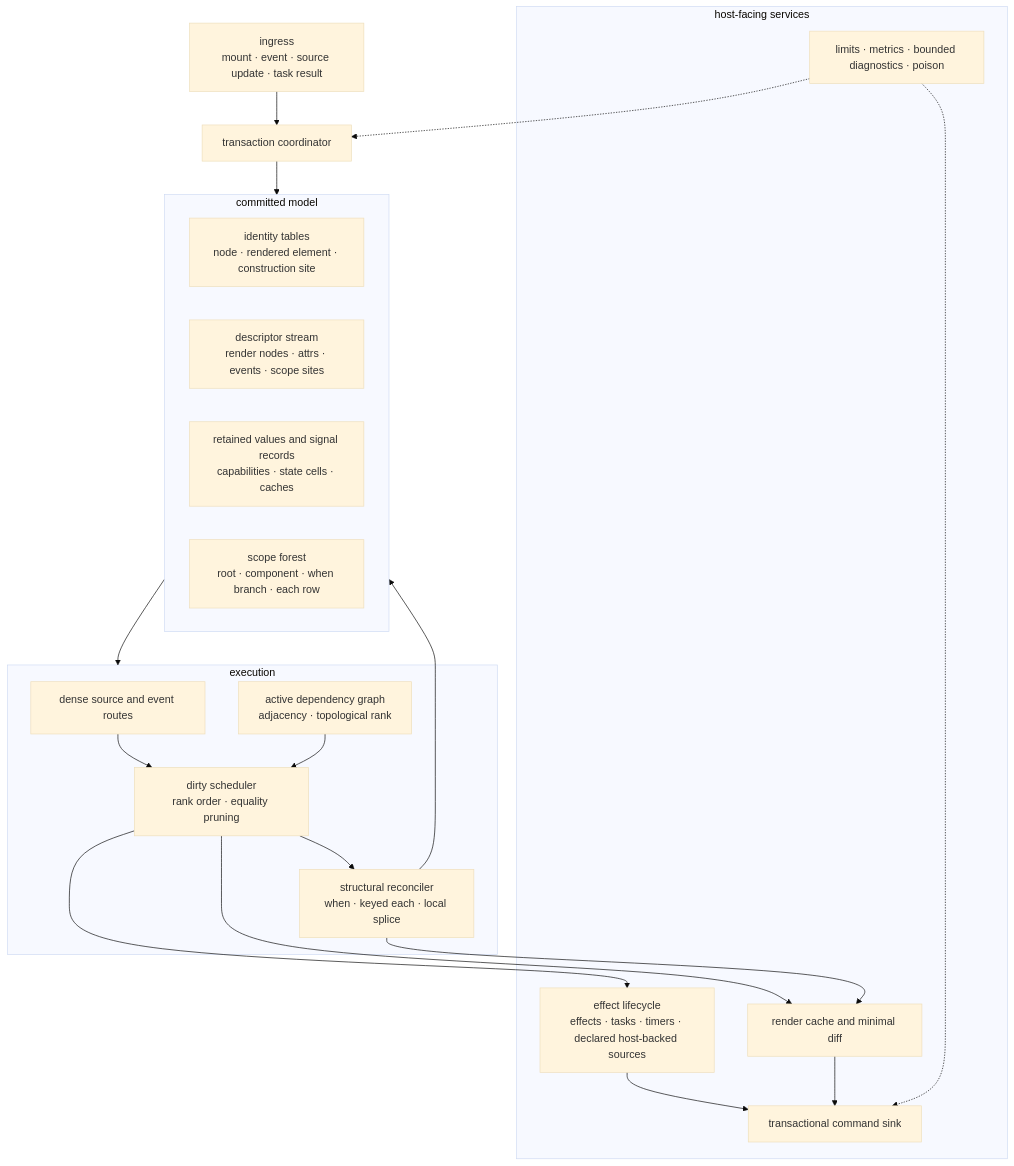
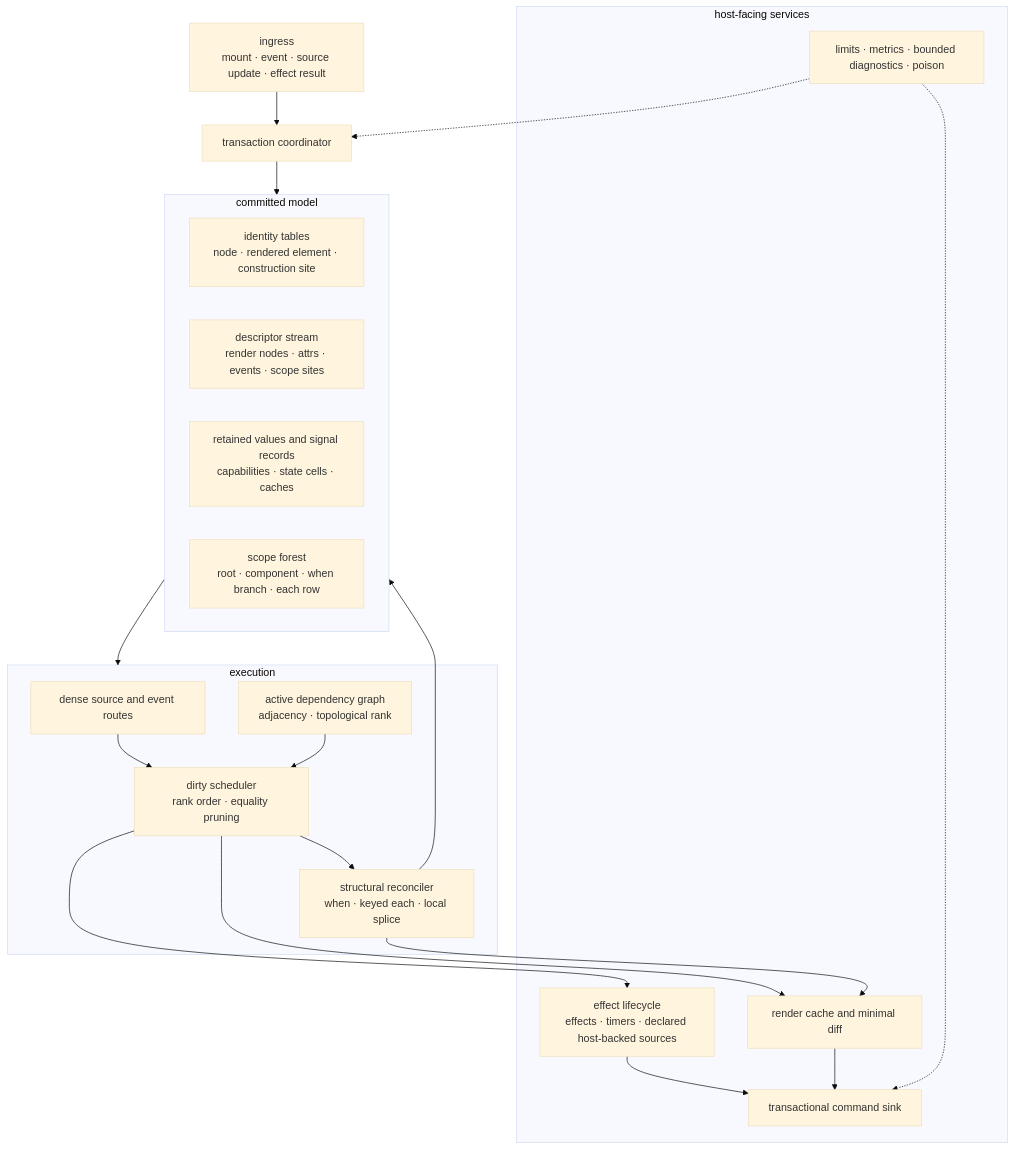
One commit to lukewilliamboswell/roc-signals changed the third of 4 diagrams in design.md. Above: the diagram before and after it, drawn with Mermaid (base theme). The commit also changed other lines of this file and 20 other files, not shown here.

````diff
--- a/design.md
+++ b/design.md
@@ -1499,39 +1493,39 @@
 ```mermaid
 flowchart TB
-    Ingress["ingress<br/>mount · event · source update · task result"] --> Tx["transaction coordinator"]
+    Ingress["ingress<br/>mount · event · source update · effect result"] --> Tx["transaction coordinator"]
 
     subgraph Model["committed model"]
         Identity["identity tables<br/>node · rendered element · construction site"]
         Desc["descriptor stream<br/>render nodes · attrs · events · scope sites"]
         Values["retained values and signal records<br/>capabilities · state cells · caches"]
         Scope["scope forest<br/>root · component · when branch · each row"]
     end
 
     subgraph Execute["execution"]
         Route["dense source and event routes"]
         Graph["active dependency graph<br/>adjacency · topological rank"]
         Schedule["dirty scheduler<br/>rank order · equality pruning"]
         Structure["structural reconciler<br/>when · keyed each · local splice"]
     end
 
     subgraph Services["host-facing services"]
-        Effects["effect lifecycle<br/>effects · tasks · timers · declared host-backed sources"]
+        Effects["effect lifecycle<br/>effects · timers · declared host-backed sources"]
         Render["render cache and minimal diff"]
         Sink["transactional command sink"]
         Safety["limits · metrics · bounded diagnostics · poison"]
     end
 
     Tx --> Model
     Model --> Execute
     Route --> Schedule
     Graph --> Schedule
     Schedule --> Structure
     Schedule --> Effects
     Schedule --> Render
     Structure --> Model
     Structure --> Render
     Effects --> Sink
     Render --> Sink
     Safety -.-> Tx
     Safety -.-> Sink
 ```
````
